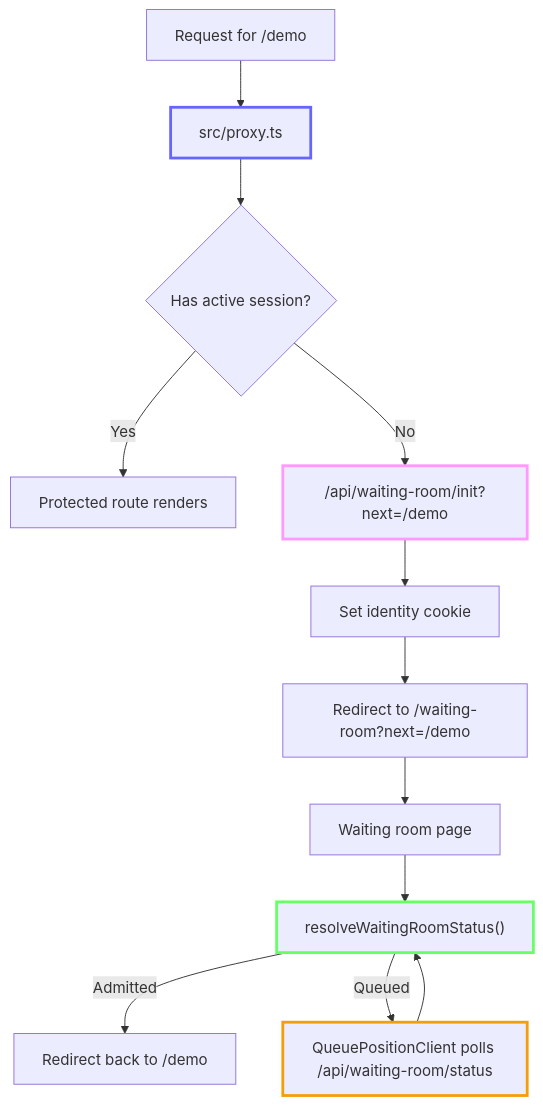
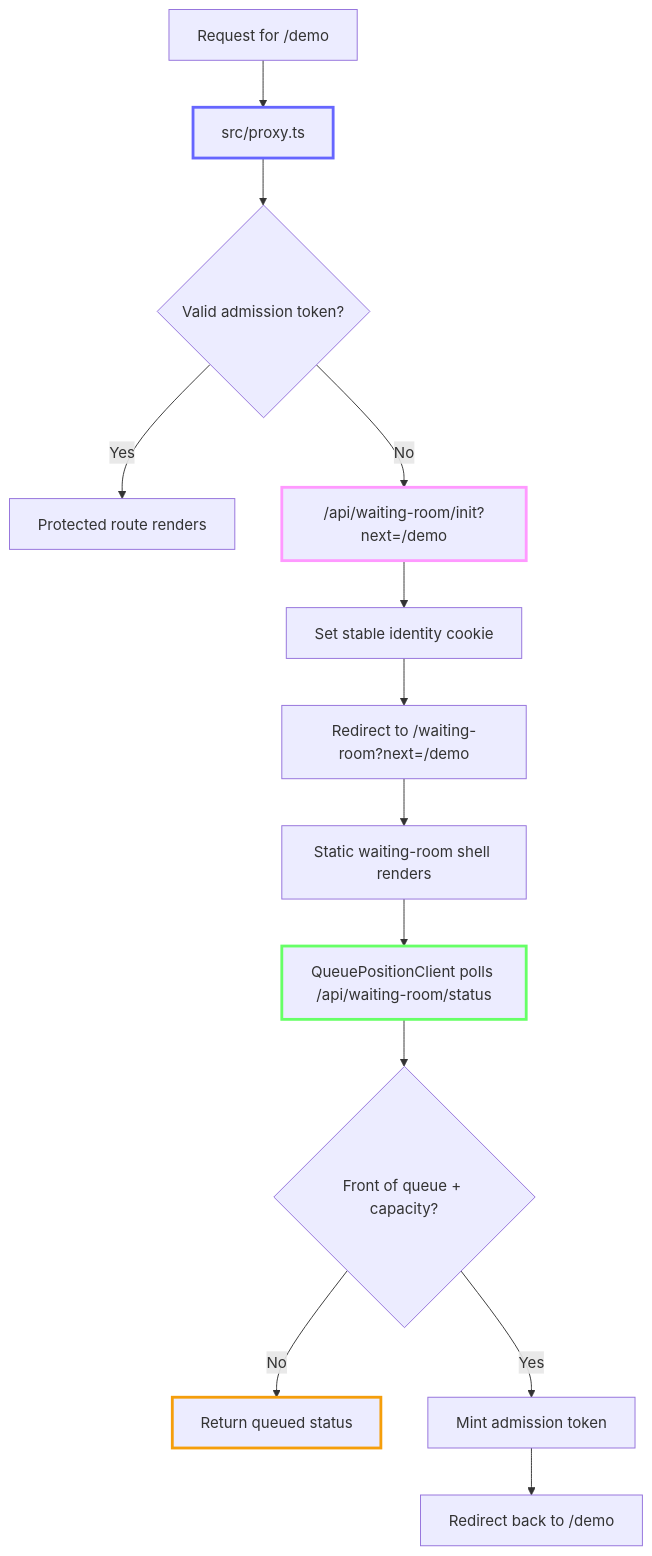
Before and after one commit to vercel-labs/nextjs-waiting-room: the diagram in README.md, drawn with Mermaid. The commit also changed other lines of this file and 16 other files, not shown here.

Commit message:
feat(waiting-room): add signed admission-token flow

````diff
--- a/README.md
+++ b/README.md
@@ -33,19 +36,20 @@
 ```mermaid
 flowchart TD
     A["Request for /demo"] --> B["src/proxy.ts"]
-    B --> C{"Has active session?"}
+    B --> C{"Valid admission token?"}
     C -->|Yes| D["Protected route renders"]
     C -->|No| E["/api/waiting-room/init?next=/demo"]
-    E --> F["Set identity cookie"]
+    E --> F["Set stable identity cookie"]
     F --> G["Redirect to /waiting-room?next=/demo"]
-    G --> H["Waiting room page"]
-    H --> I["resolveWaitingRoomStatus()"]
-    I -->|Admitted| J["Redirect back to /demo"]
-    I -->|Queued| K["QueuePositionClient polls /api/waiting-room/status"]
-    K --> I
+    G --> H["Static waiting-room shell renders"]
+    H --> I["QueuePositionClient polls /api/waiting-room/status"]
+    I --> J{"Front of queue + capacity?"}
+    J -->|No| K["Return queued status"]
+    J -->|Yes| L["Mint admission token"]
+    L --> M["Redirect back to /demo"]
 
     style B stroke:#66f,stroke-width:3px
     style E stroke:#f9f,stroke-width:3px
     style I stroke:#6f6,stroke-width:3px
     style K stroke:#f59e0b,stroke-width:3px
 ```
````
